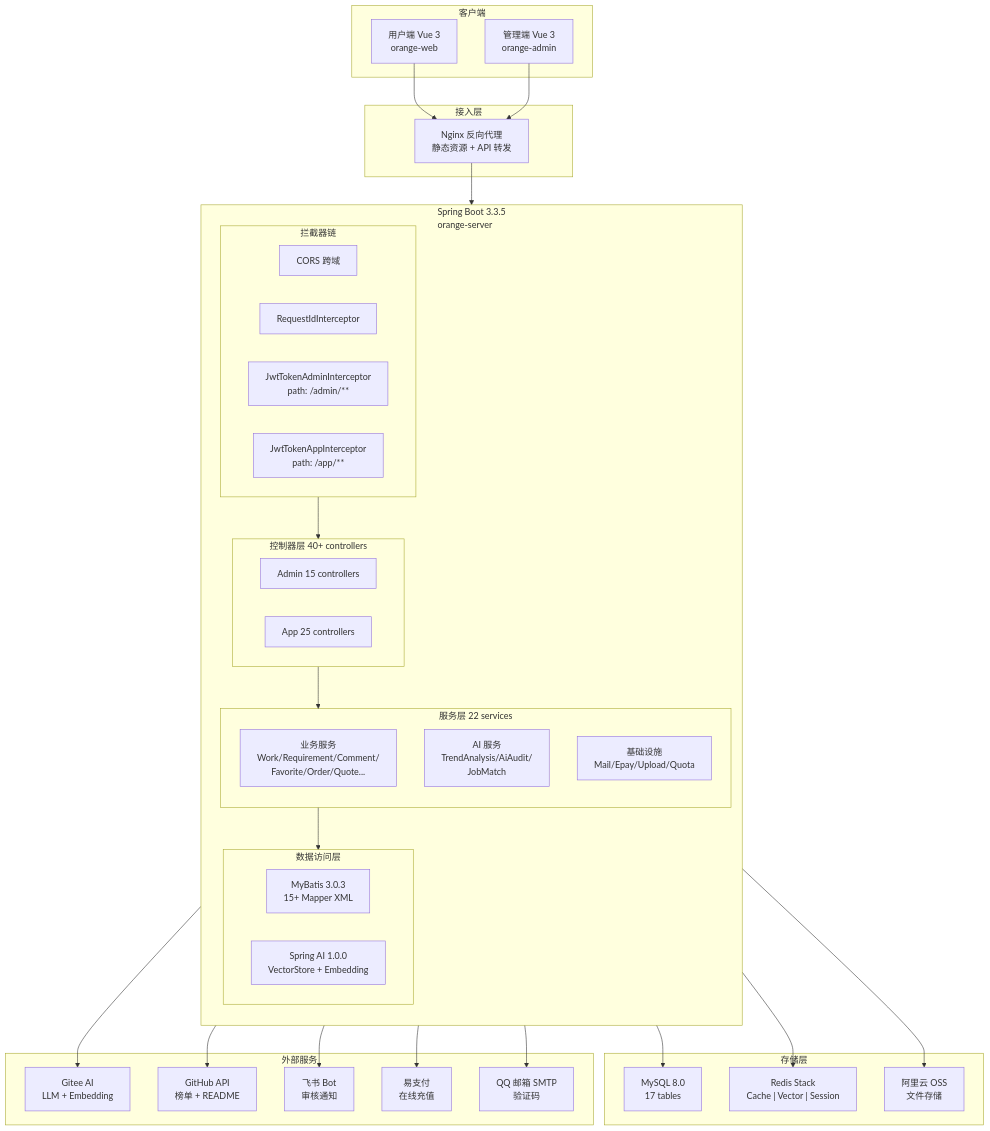
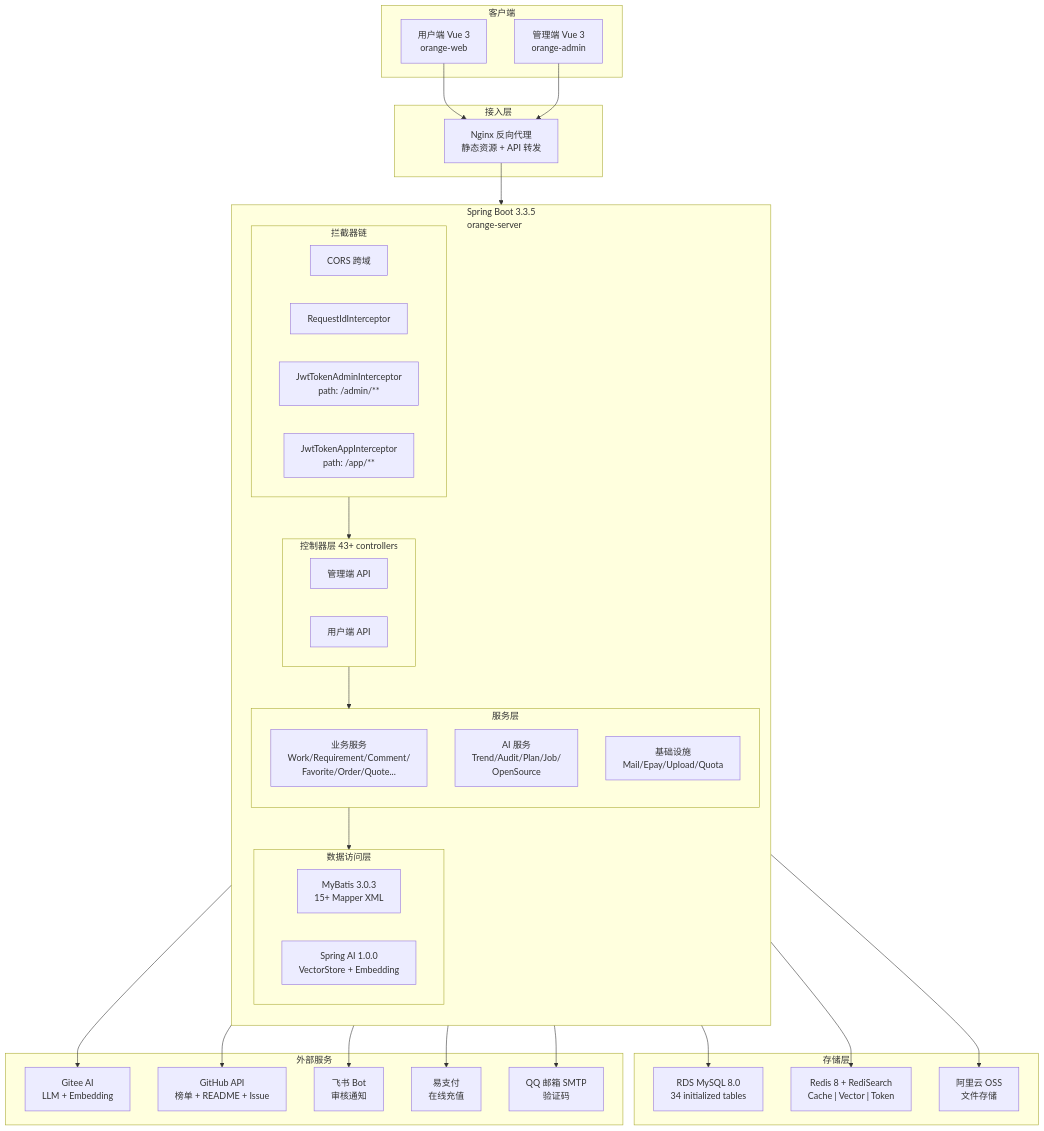
Before and after one commit to Orange-ui0811/BigOrange: the first of 10 diagrams in docs/OrangeJD系统架构设计说明书.md, drawn with Mermaid. The commit also changed other lines of this file and 29 other files, not shown here.

Commit message:
feat: add open source contribution workflow

````diff
--- a/docs/OrangeJD系统架构设计说明书.md
+++ b/docs/OrangeJD系统架构设计说明书.md
@@ -99,67 +100,67 @@
 ```mermaid
 graph TB
     subgraph Client["客户端"]
         Web["用户端 Vue 3<br/>orange-web"]
         Admin["管理端 Vue 3<br/>orange-admin"]
     end
 
     subgraph Gateway["接入层"]
         Nginx["Nginx 反向代理<br/>静态资源 + API 转发"]
     end
 
     subgraph Server["Spring Boot 3.3.5<br/>orange-server"]
         direction TB
 
         subgraph Interceptor["拦截器链"]
             CORS["CORS 跨域"]
             ReqID["RequestIdInterceptor"]
             JWT_A["JwtTokenAdminInterceptor<br/>path: /admin/**"]
             JWT_U["JwtTokenAppInterceptor<br/>path: /app/**"]
         end
 
-        subgraph Controller["控制器层 40+ controllers"]
-            AdminAPI["Admin 15 controllers"]
-            AppAPI["App 25 controllers"]
+        subgraph Controller["控制器层 43+ controllers"]
+            AdminAPI["管理端 API"]
+            AppAPI["用户端 API"]
         end
 
-        subgraph Service["服务层 22 services"]
+        subgraph Service["服务层"]
             BizSvc["业务服务<br/>Work/Requirement/Comment/<br/>Favorite/Order/Quote..."]
-            AISvc["AI 服务<br/>TrendAnalysis/AiAudit/<br/>JobMatch"]
+            AISvc["AI 服务<br/>Trend/Audit/Plan/Job/<br/>OpenSource"]
             InfraSvc["基础设施<br/>Mail/Epay/Upload/Quota"]
         end
 
         subgraph DataAccess["数据访问层"]
             MyBatis["MyBatis 3.0.3<br/>15+ Mapper XML"]
             SpringAI["Spring AI 1.0.0<br/>VectorStore + Embedding"]
         end
     end
 
     subgraph Storage["存储层"]
-        MySQL["MySQL 8.0<br/>17 tables"]
-        Redis["Redis Stack<br/>Cache | Vector | Session"]
+        MySQL["RDS MySQL 8.0<br/>34 initialized tables"]
+        Redis["Redis 8 + RediSearch<br/>Cache | Vector | Token"]
         OSS["阿里云 OSS<br/>文件存储"]
     end
 
     subgraph External["外部服务"]
         GiteeAI["Gitee AI<br/>LLM + Embedding"]
-        GitHub["GitHub API<br/>榜单 + README"]
+        GitHub["GitHub API<br/>榜单 + README + Issue"]
         Feishu["飞书 Bot<br/>审核通知"]
         Epay["易支付<br/>在线充值"]
         SMTP["QQ 邮箱 SMTP<br/>验证码"]
     end
 
     Web --> Nginx
     Admin --> Nginx
     Nginx --> Interceptor
     Interceptor --> Controller
     Controller --> Service
     Service --> DataAccess
     DataAccess --> MySQL
     DataAccess --> Redis
     DataAccess --> OSS
     AISvc --> GiteeAI
     AISvc --> GitHub
     AISvc --> Feishu
     AISvc --> Epay
     InfraSvc --> SMTP
 ```
````
